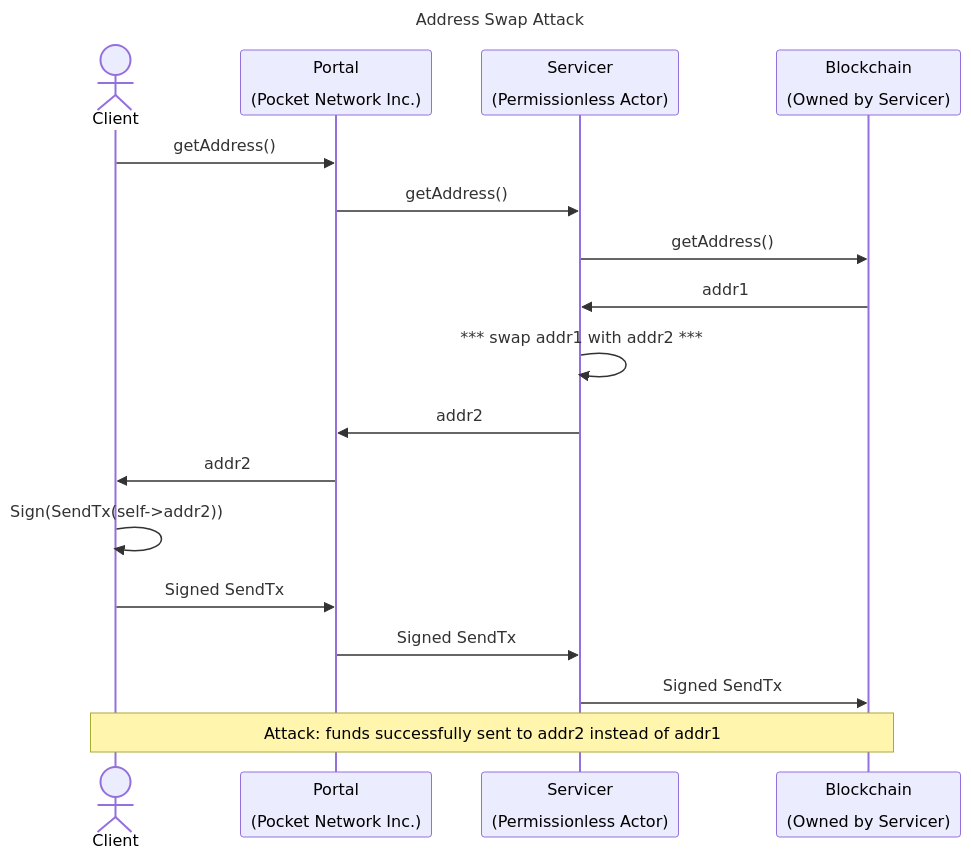
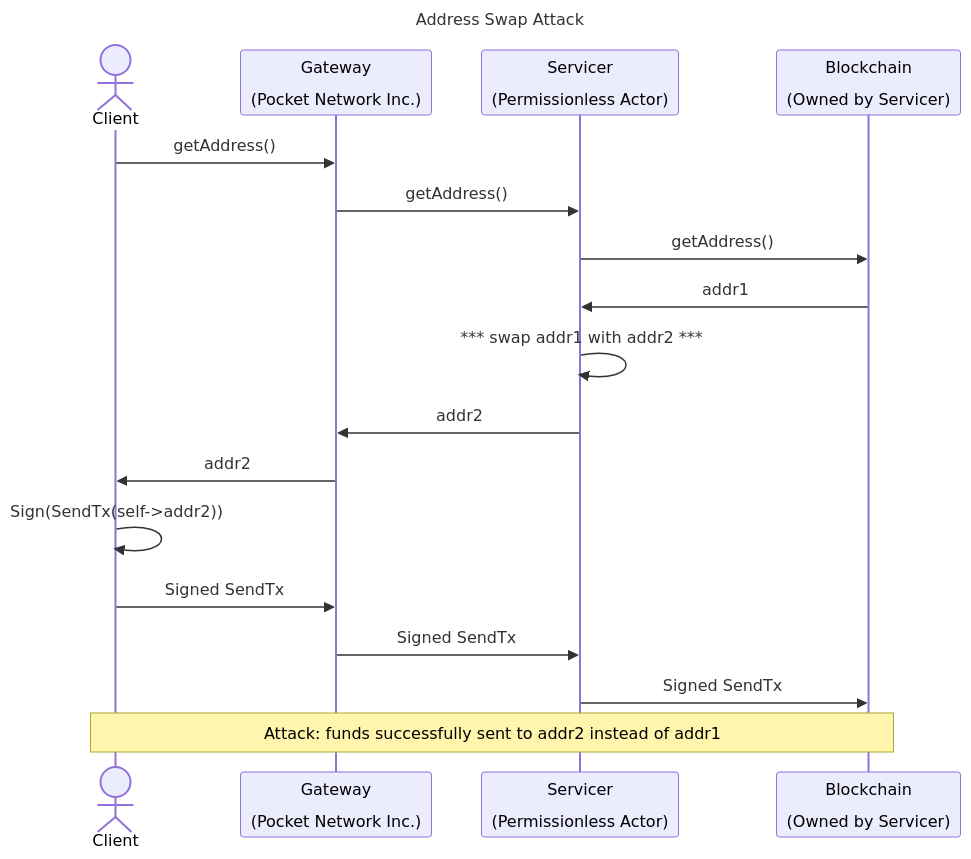
Before and after one commit to pokt-network/pocket-network-protocol: the second of 2 diagrams in utility/.ideas.md, drawn with Mermaid. The commit also changed other lines of this file and 1 other file, not shown here.

First line of the commit message:
Rename `Portal` to `Gateway` (#47)

````diff
--- a/utility/.ideas.md
+++ b/utility/.ideas.md
@@ -82,26 +82,26 @@
 ```mermaid
 sequenceDiagram
     title Address Swap Attack
 
     actor C as Client
-    participant P as Portal<br><br>(Pocket Network Inc.)
+    participant P as Gateway<br><br>(Pocket Network Inc.)
     participant SN as Servicer<br><br>(Permissionless Actor)
     participant BN as Blockchain<br><br>(Owned by Servicer)
 
     %% Get the address to send the money too
     C->>P: getAddress()
     P->>SN: getAddress()
     SN->>BN: getAddress()
     BN->>SN: addr1
     SN->>SN: *** swap addr1 with addr2 ***
     SN->>P: addr2
     P->>C: addr2
 
     %% Send money to wrong address
     C->>C: Sign(SendTx(self->addr2))
     C->>P: Signed SendTx
     P->>SN: Signed SendTx
     SN->>BN: Signed SendTx
 
     Note over C, BN: Attack: funds successfully sent to addr2 instead of addr1
 ```
````
